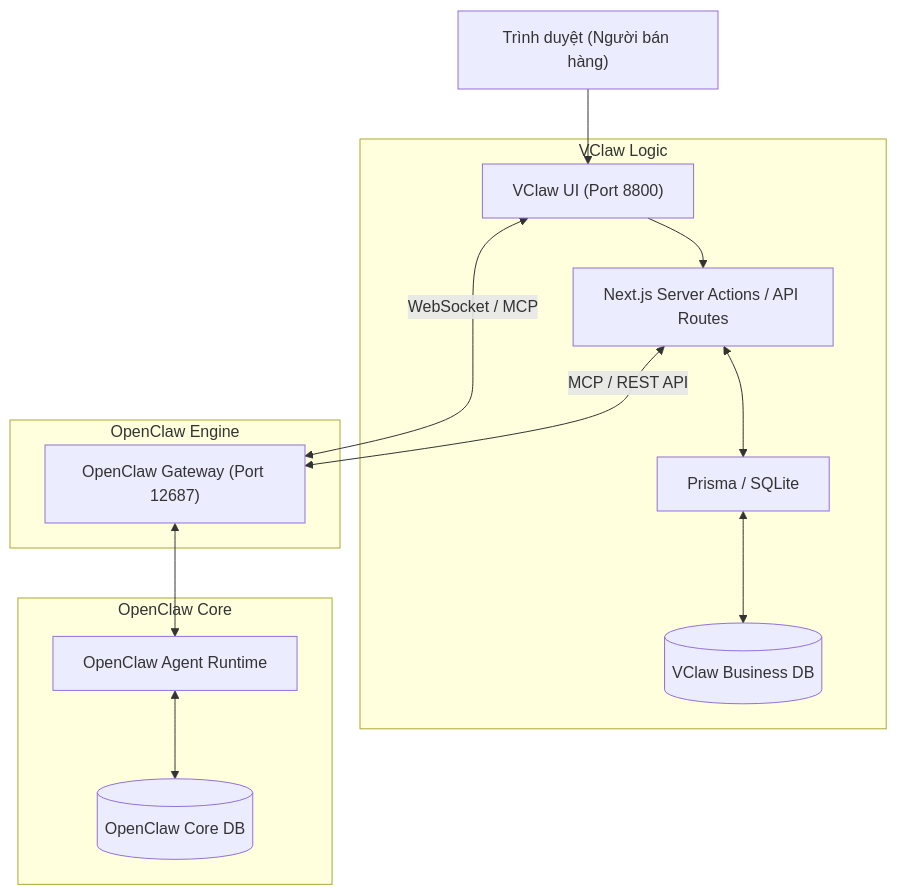
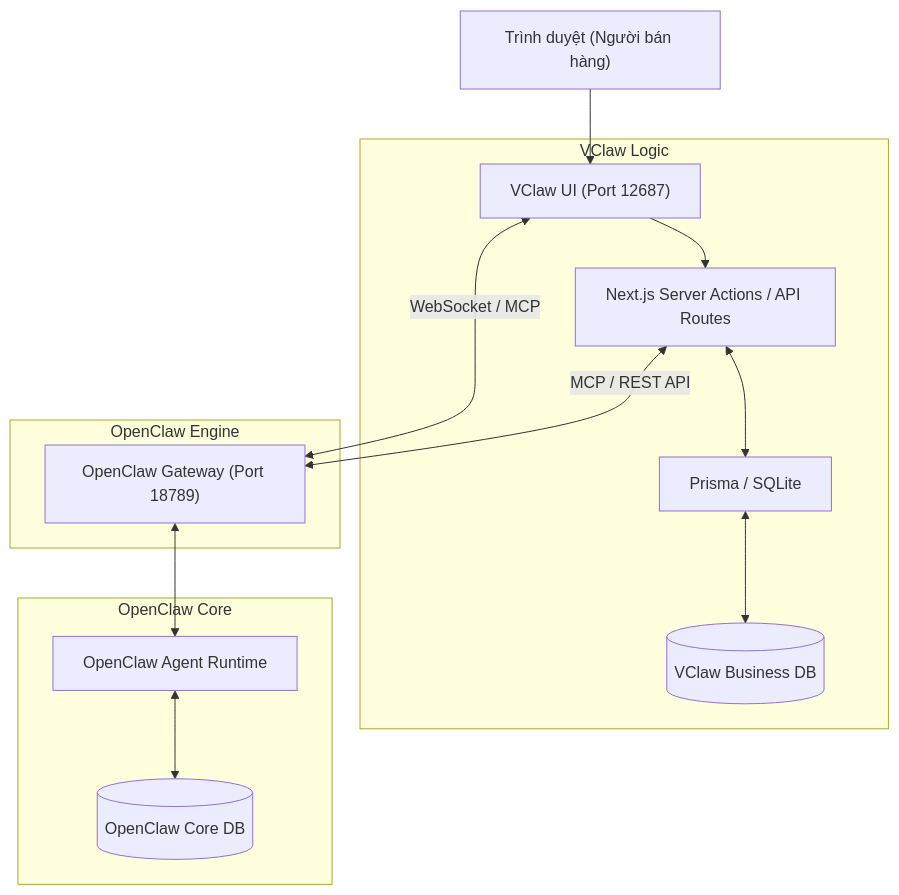
Before and after one commit to solana8800/vclaw-ui: the diagram in vclaw-ui/docs/12-VClaw-OpenClaw-Integration-Strategy.vi.md, drawn with Mermaid. The commit also changed other lines of this file and 9 other files, not shown here.

Commit message:
chore: update system architecture ports to 12687/18789 and simplify onboarding documentation

````diff
--- a/vclaw-ui/docs/12-VClaw-OpenClaw-Integration-Strategy.vi.md
+++ b/vclaw-ui/docs/12-VClaw-OpenClaw-Integration-Strategy.vi.md
@@ -66,20 +66,20 @@
 ```mermaid
 graph TD
-    Client["Trình duyệt (Người bán hàng)"] --> UI["VClaw UI (Port 8800)"]
+    Client["Trình duyệt (Người bán hàng)"] --> UI["VClaw UI (Port 12687)"]
     
     subgraph VClaw Logic
         UI --> BizAPI["Next.js Server Actions / API Routes"]
         BizAPI <--> ORM["Prisma / SQLite"]
         ORM <--> BizDB[("VClaw Business DB")]
     end
 
     subgraph OpenClaw Engine
-        UI <-->|"WebSocket / MCP"| Gateway["OpenClaw Gateway (Port 12687)"]
+        UI <-->|"WebSocket / MCP"| Gateway["OpenClaw Gateway (Port 18789)"]
         BizAPI <-->|"MCP / REST API"| Gateway
     end
     
     subgraph OpenClaw Core
         Gateway <--> Agent["OpenClaw Agent Runtime"]
         Agent <--> CoreDB[("OpenClaw Core DB")]
     end
 ```
````
